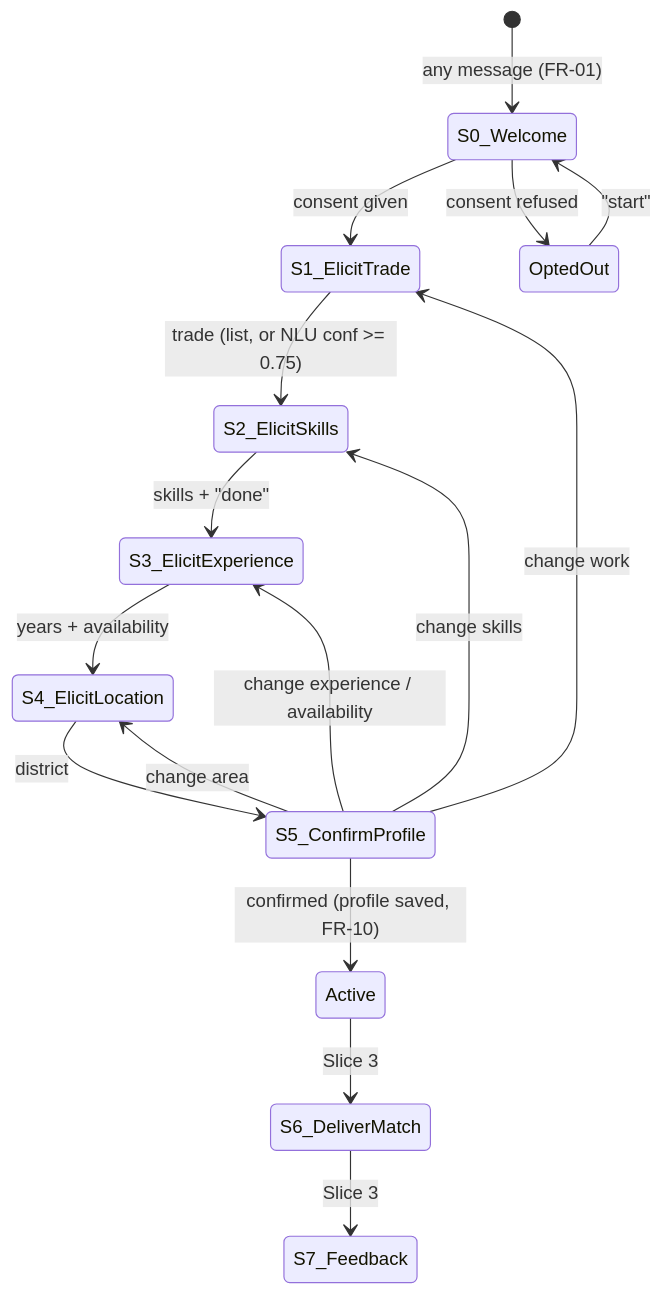
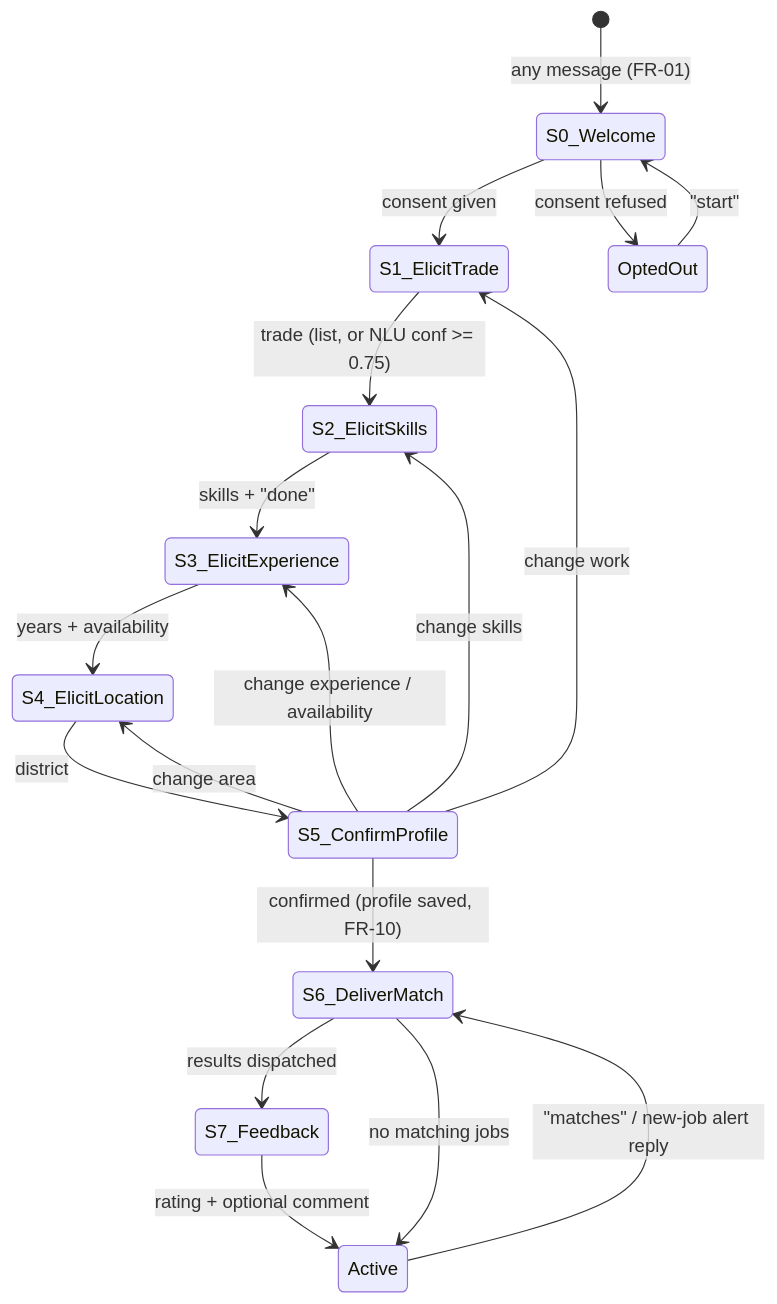
The diagram in docs/conversation-design.md (Aubeng/JobMatchGhana), drawn with Mermaid before and after one commit. The commit also changed other lines of this file and 41 other files, not shown here.

First line of the commit message:
Slice 3: matching engine with S6 delivery, S7 feedback and new-job alerts (DL-016)

````diff
--- a/docs/conversation-design.md
+++ b/docs/conversation-design.md
@@ -10,18 +10,20 @@
 ```mermaid
 stateDiagram-v2
     [*] --> S0_Welcome: any message (FR-01)
     S0_Welcome --> S1_ElicitTrade: consent given
     S0_Welcome --> OptedOut: consent refused
     S1_ElicitTrade --> S2_ElicitSkills: trade (list, or NLU conf >= 0.75)
     S2_ElicitSkills --> S3_ElicitExperience: skills + "done"
     S3_ElicitExperience --> S4_ElicitLocation: years + availability
     S4_ElicitLocation --> S5_ConfirmProfile: district
     S5_ConfirmProfile --> S1_ElicitTrade: change work
     S5_ConfirmProfile --> S2_ElicitSkills: change skills
     S5_ConfirmProfile --> S3_ElicitExperience: change experience / availability
     S5_ConfirmProfile --> S4_ElicitLocation: change area
-    S5_ConfirmProfile --> Active: confirmed (profile saved, FR-10)
-    Active --> S6_DeliverMatch: Slice 3
-    S6_DeliverMatch --> S7_Feedback: Slice 3
+    S5_ConfirmProfile --> S6_DeliverMatch: confirmed (profile saved, FR-10)
+    Active --> S6_DeliverMatch: "matches" / new-job alert reply
+    S6_DeliverMatch --> S7_Feedback: results dispatched
+    S6_DeliverMatch --> Active: no matching jobs
+    S7_Feedback --> Active: rating + optional comment
     OptedOut --> S0_Welcome: "start"
 ```
````
